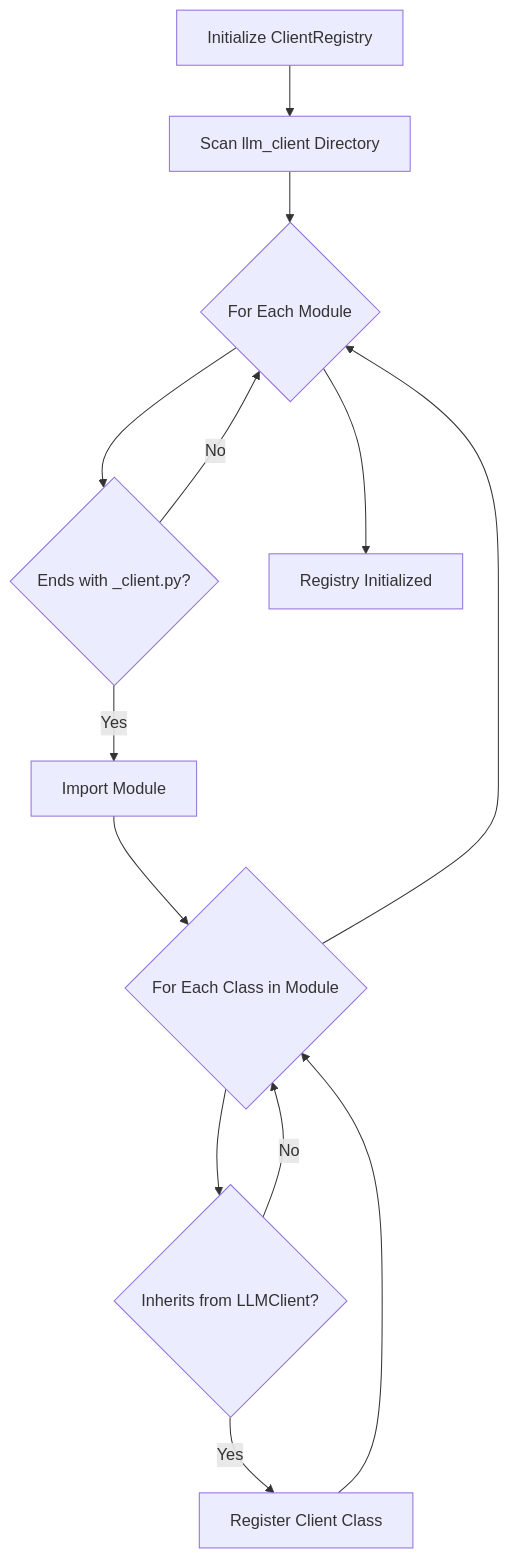
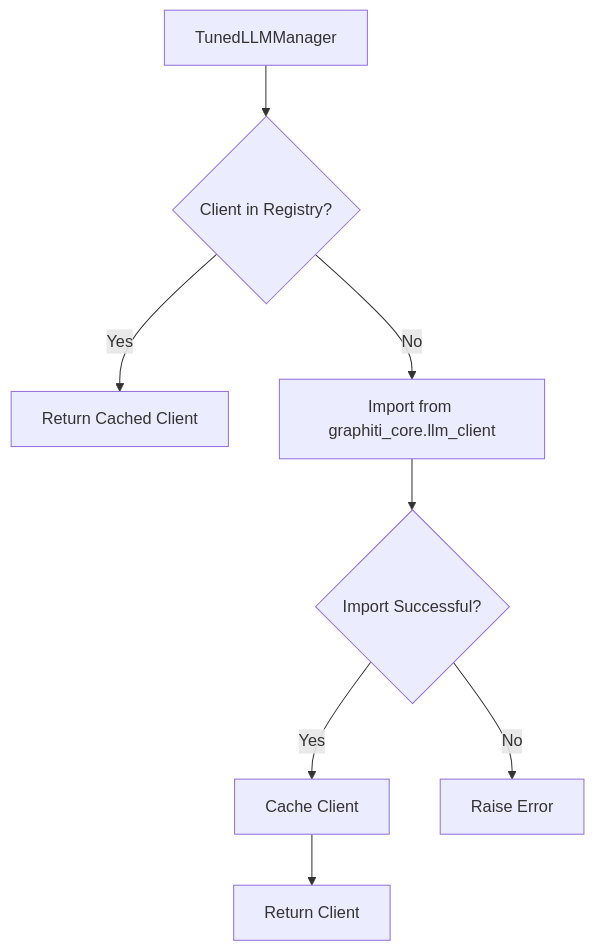
The diagram in graphiti_core/llm_client/tuned_manager/docs/03_client_registry.md (neonconsultingllc/graphiti), drawn with Mermaid before and after one commit. The commit also changed other lines of this file and 15 other files, not shown here.

````diff
--- a/graphiti_core/llm_client/tuned_manager/docs/03_client_registry.md
+++ b/graphiti_core/llm_client/tuned_manager/docs/03_client_registry.md
@@ -7,15 +13,10 @@
 ```mermaid
 flowchart TD
-    A[Initialize ClientRegistry] --> B[Scan llm_client Directory]
-    B --> C{For Each Module}
-    C --> D{Ends with _client.py?}
-    D -->|No| C
-    D -->|Yes| E[Import Module]
-    E --> F{For Each Class in Module}
-    F --> G{Inherits from LLMClient?}
-    G -->|No| F
-    G -->|Yes| H[Register Client Class]
-    H --> F
-    F --> C
-    C --> I[Registry Initialized]
+    A[TunedLLMManager] --> B{Client in Registry?}
+    B -->|Yes| C[Return Cached Client]
+    B -->|No| D[Import from graphiti_core.llm_client]
+    D --> E{Import Successful?}
+    E -->|Yes| F[Cache Client]
+    F --> G[Return Client]
+    E -->|No| H[Raise Error]
 ```
````
